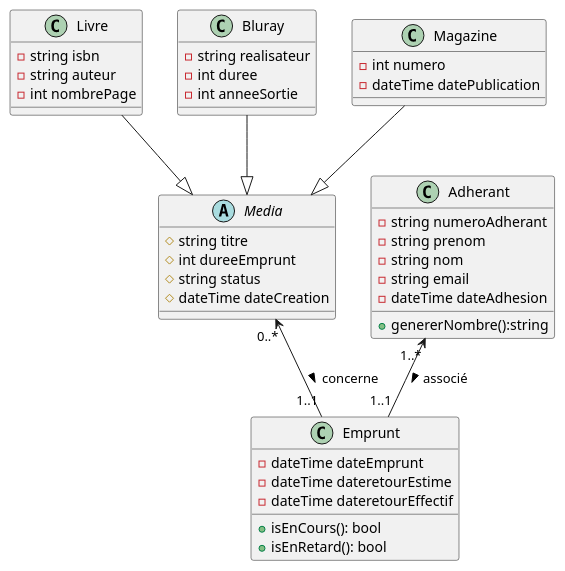
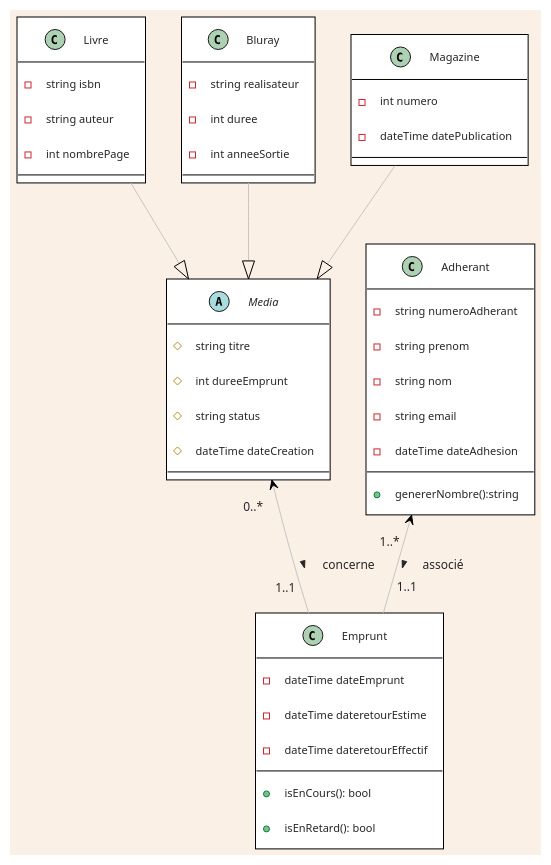
The diagram in documentation/DiagBiblio.puml (SNEAXIII/Scrum-biblio), drawn with PlantUML before and after one commit. The commit also changed 1 other file, not shown here.

```diff
--- a/documentation/DiagBiblio.puml
+++ b/documentation/DiagBiblio.puml
@@ -1,49 +1,56 @@
 @startuml
+
+!theme carbon-gray
+skinparam ClassBorderColor black
+skinparam ClassBackgroundColor white
+skinparam BackgroundColor Linen
+skinparam ArrowHeadColor black
+skinparam Color black
 
 Class Livre {
 -string isbn
 -string auteur
 -int nombrePage
 }
 
 Class Bluray {
 -string realisateur
 -int duree
 -int anneeSortie
 }
 
 Class Magazine {
 -int numero
 -dateTime datePublication
 }
 
 Abstract Class Media {
 #string titre
 #int dureeEmprunt
 #string status
 #dateTime dateCreation
 }
 
 Class Adherant {
 -string numeroAdherant
 -string prenom
 -string nom
 -string email
 -dateTime dateAdhesion
 +genererNombre():string
 }
 
 Class Emprunt {
 -dateTime dateEmprunt
 -dateTime dateretourEstime
 -dateTime dateretourEffectif
 +isEnCours(): bool
 +isEnRetard(): bool
 }
 
 Livre --|> Media
 Bluray --|> Media
 Magazine --|> Media
 Adherant "1..*" <-- "1..1" Emprunt  : associé >
 Media "0..*" <-- "1..1" Emprunt  : concerne >
 @enduml
```
